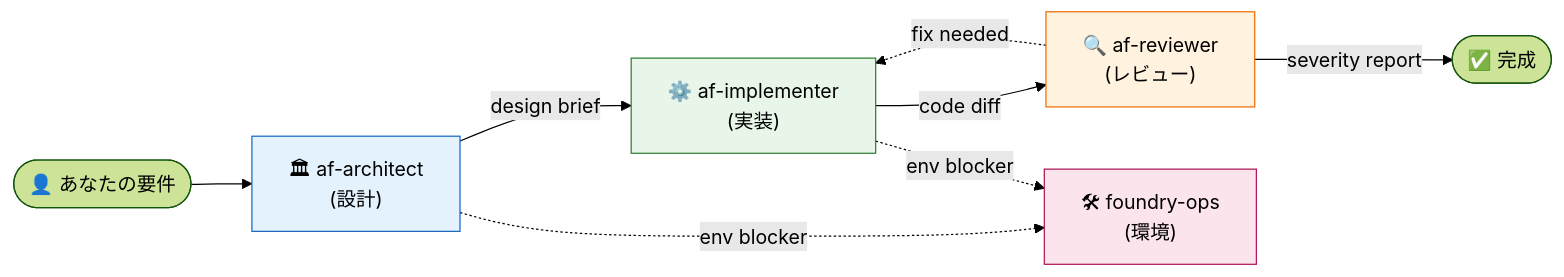
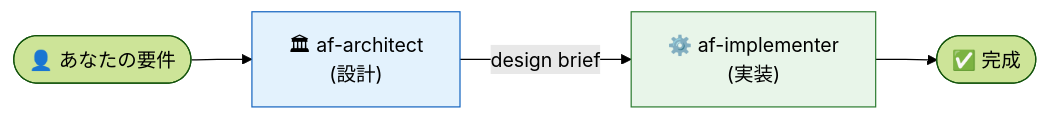
One commit to taguchima/GHCP-MAF-Foundry-Workshop changed the diagram in docs/02-maf-agent.md. Above: the diagram before and after it, drawn with Mermaid (forest theme). The commit also changed other lines of this file, not shown here.

````diff
--- a/docs/02-maf-agent.md
+++ b/docs/02-maf-agent.md
@@ -28,14 +28,8 @@
 ```mermaid
 flowchart LR
     U([👤 あなたの要件]) --> A
     A["🏛 af-architect<br/>(設計)"]:::arch -->|design brief| I
-    I["⚙️ af-implementer<br/>(実装)"]:::impl -->|code diff| R
-    R["🔍 af-reviewer<br/>(レビュー)"]:::rev -->|severity report| OK([✅ 完成])
-    R -.->|fix needed| I
-    A -.->|env blocker| O["🛠 foundry-ops<br/>(環境)"]:::ops
-    I -.->|env blocker| O
+    I["⚙️ af-implementer<br/>(実装)"]:::impl --> OK([✅ 完成])
     classDef arch fill:#e3f2fd,stroke:#1565c0
     classDef impl fill:#e8f5e9,stroke:#2e7d32
-    classDef rev fill:#fff3e0,stroke:#ef6c00
-    classDef ops fill:#fce4ec,stroke:#ad1457
 ```
````
